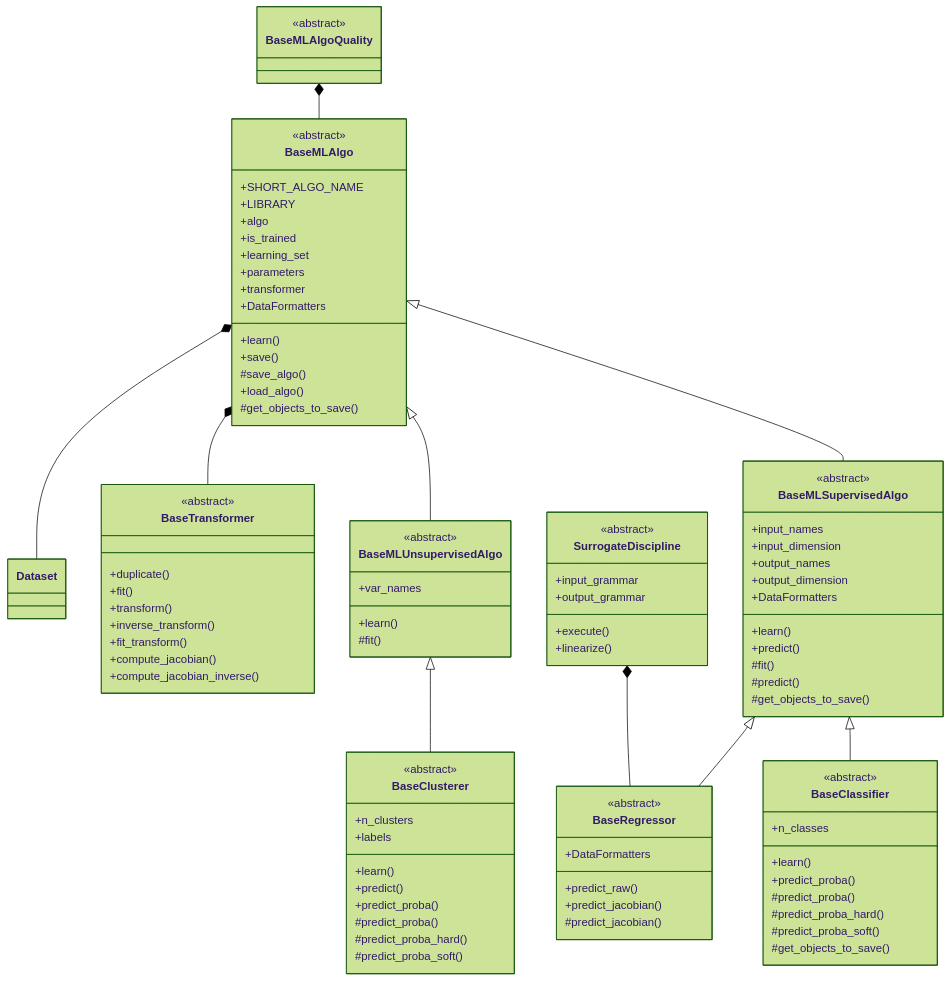
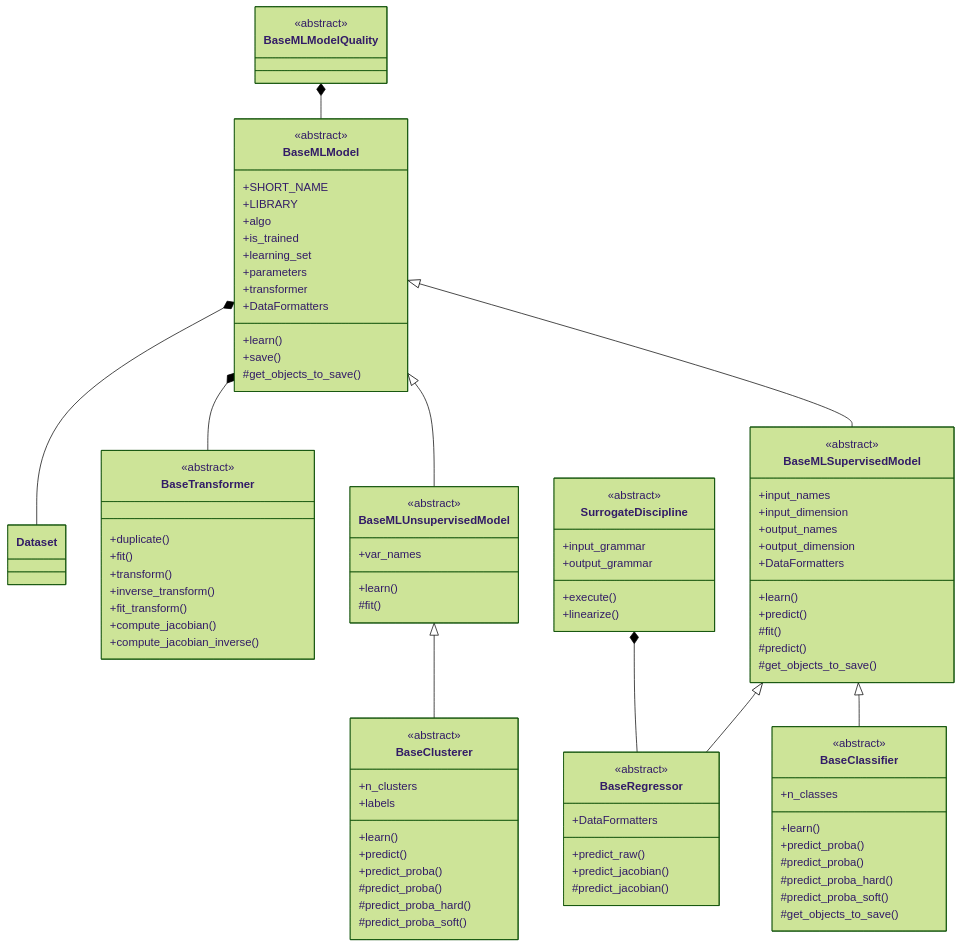
One commit to gemseo/gemseo changed the diagram in docs/machine_learning/machine_learning_overview.md. Above: the diagram before and after it, drawn with Mermaid (forest theme). The commit also changed other lines of this file and 255 other files, not shown here.

Commit message:
Rename MLAlgo to MLModel

````diff
--- a/docs/machine_learning/machine_learning_overview.md
+++ b/docs/machine_learning/machine_learning_overview.md
@@ -49,9 +50,9 @@
     class Dataset {
     }
 
-    class BaseMLAlgo {
+    class BaseMLModel {
         <<abstract>>
-       +SHORT_ALGO_NAME
+       +SHORT_NAME
        +LIBRARY
        +algo
        +is_trained
@@ -61,12 +62,10 @@
        +DataFormatters
        +learn()
        +save()
-       #save_algo()
-       +load_algo()
        #get_objects_to_save()
     }
 
-    class BaseMLUnsupervisedAlgo {
+    class BaseMLUnsupervisedModel {
         <<abstract>>
        +var_names
        +learn()
@@ -85,7 +84,7 @@
        #predict_proba_soft()
     }
 
-    class BaseMLSupervisedAlgo {
+    class BaseMLSupervisedModel {
         <<abstract>>
        +input_names
        +input_dimension
@@ -118,7 +117,7 @@
        #predict_jacobian()
     }
 
-    class BaseMLAlgoQuality {
+    class BaseMLModelQuality {
         <<abstract>>
     }
 
@@ -141,13 +140,13 @@
        +compute_jacobian_inverse()
     }
 
-    BaseMLAlgo *-- Dataset
-    BaseMLAlgo *-- BaseTransformer
-    BaseMLAlgo <|-- BaseMLUnsupervisedAlgo
-    BaseMLAlgo <|-- BaseMLSupervisedAlgo
-    BaseMLUnsupervisedAlgo <|-- BaseClusterer
-    BaseMLSupervisedAlgo <|-- BaseRegressor
-    BaseMLSupervisedAlgo <|-- BaseClassifier
-    BaseMLAlgoQuality *-- BaseMLAlgo
+    BaseMLModel *-- Dataset
+    BaseMLModel *-- BaseTransformer
+    BaseMLModel <|-- BaseMLUnsupervisedModel
+    BaseMLModel <|-- BaseMLSupervisedModel
+    BaseMLUnsupervisedModel <|-- BaseClusterer
+    BaseMLSupervisedModel <|-- BaseRegressor
+    BaseMLSupervisedModel <|-- BaseClassifier
+    BaseMLModelQuality *-- BaseMLModel
     SurrogateDiscipline *-- BaseRegressor
 ```
````
